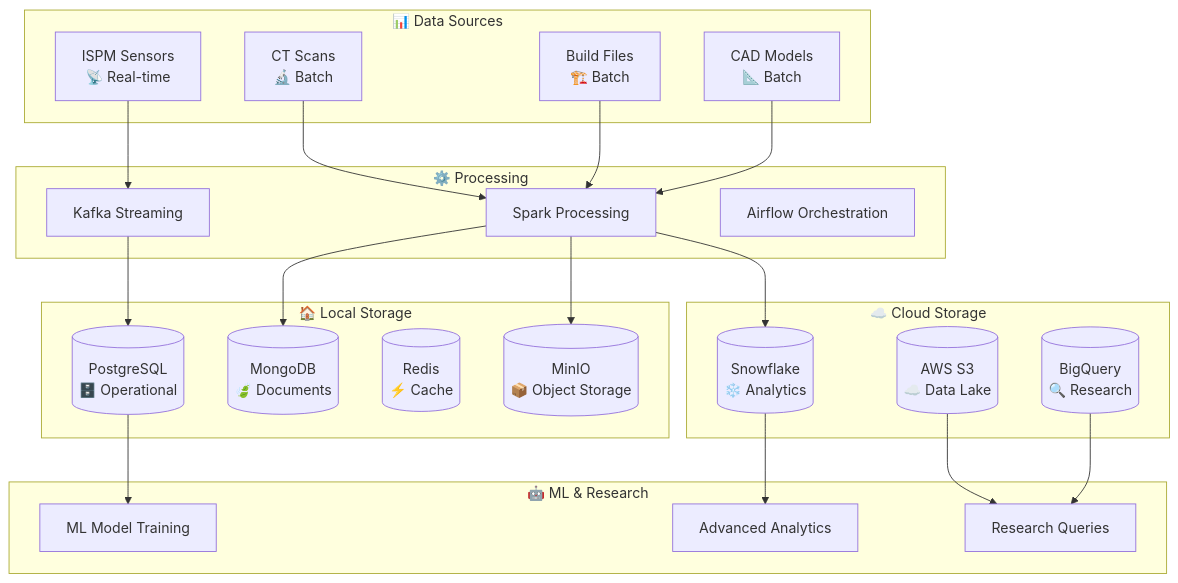
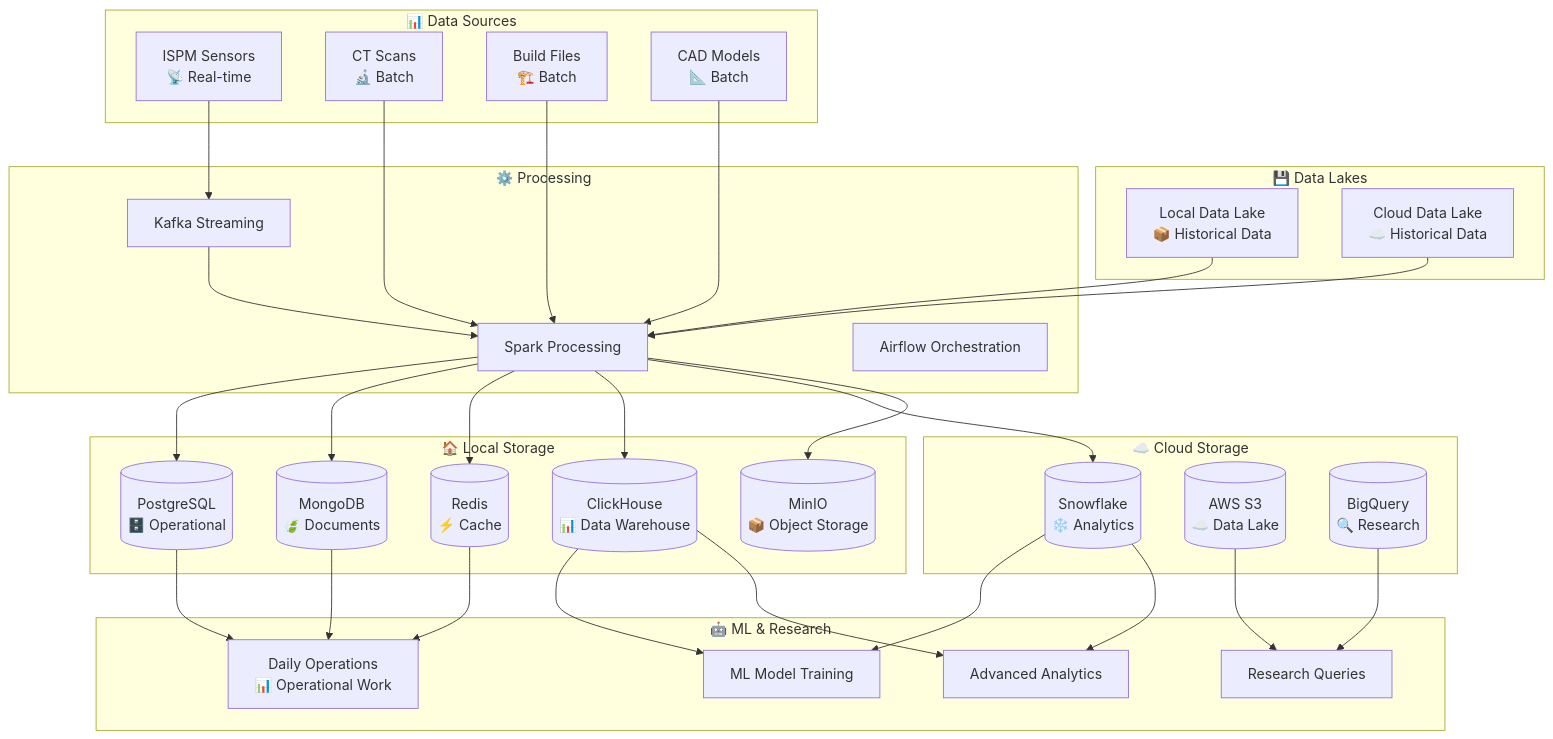
One commit to kanhaiya-gupta/pbf-lbm-data-engineering-pipeline changed the first of 2 diagrams in README.md. Above: the diagram before and after it, drawn with Mermaid. The commit also changed other lines of this file, not shown here.

````diff
--- a/README.md
+++ b/README.md
@@ -197,46 +28,67 @@
 ```mermaid
 graph TB
     subgraph "📊 Data Sources"
         ISPM[ISPM Sensors<br/>📡 Real-time]
         CT[CT Scans<br/>🔬 Batch]
         BUILD[Build Files<br/>🏗️ Batch]
         CAD[CAD Models<br/>📐 Batch]
+    end
+
+    subgraph "💾 Data Lakes"
+        DATA_LAKE_LOCAL[Local Data Lake<br/>📦 Historical Data]
+        DATA_LAKE_CLOUD[Cloud Data Lake<br/>☁️ Historical Data]
     end
 
     subgraph "⚙️ Processing"
         KAFKA[Kafka Streaming]
         SPARK[Spark Processing]
         AIRFLOW[Airflow Orchestration]
     end
 
     subgraph "🏠 Local Storage"
         POSTGRES[(PostgreSQL<br/>🗄️ Operational)]
         MONGODB[(MongoDB<br/>🍃 Documents)]
         REDIS[(Redis<br/>⚡ Cache)]
         MINIO[(MinIO<br/>📦 Object Storage)]
+        CLICKHOUSE[(ClickHouse<br/>📊 Data Warehouse)]
     end
 
     subgraph "☁️ Cloud Storage"
         SNOWFLAKE[(Snowflake<br/>❄️ Analytics)]
         AWS_S3[(AWS S3<br/>☁️ Data Lake)]
         BIGQUERY[(BigQuery<br/>🔍 Research)]
     end
 
     subgraph "🤖 ML & Research"
         ML_TRAINING[ML Model Training]
         ADVANCED_ANALYTICS[Advanced Analytics]
         RESEARCH[Research Queries]
+        OPERATIONS[Daily Operations<br/>📊 Operational Work]
     end
 
     %% Data Flow
-    ISPM --> KAFKA --> POSTGRES
-    CT --> SPARK --> MONGODB
-    BUILD --> SPARK --> SNOWFLAKE
-    CAD --> SPARK --> MINIO
+    ISPM --> KAFKA --> SPARK
+    CT --> SPARK
+    BUILD --> SPARK
+    CAD --> SPARK
+    DATA_LAKE_LOCAL --> SPARK
+    DATA_LAKE_CLOUD --> SPARK
+    
+    SPARK --> POSTGRES
+    SPARK --> MONGODB
+    SPARK --> REDIS
+    SPARK --> CLICKHOUSE
+    SPARK --> SNOWFLAKE
+    SPARK --> MINIO
 
     %% ML and Analytics Usage
-    POSTGRES --> ML_TRAINING
+    POSTGRES --> OPERATIONS
+    MONGODB --> OPERATIONS
+    REDIS --> OPERATIONS
+    CLICKHOUSE --> ML_TRAINING
+    SNOWFLAKE --> ML_TRAINING
+    CLICKHOUSE --> ADVANCED_ANALYTICS
     SNOWFLAKE --> ADVANCED_ANALYTICS
     AWS_S3 --> RESEARCH
     BIGQUERY --> RESEARCH
 ```
````
